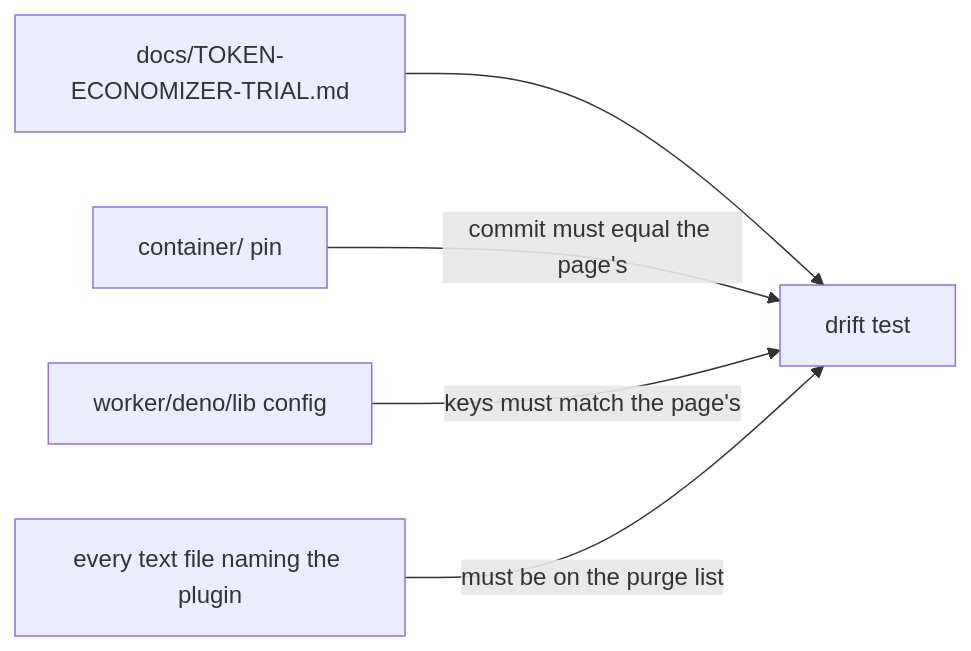
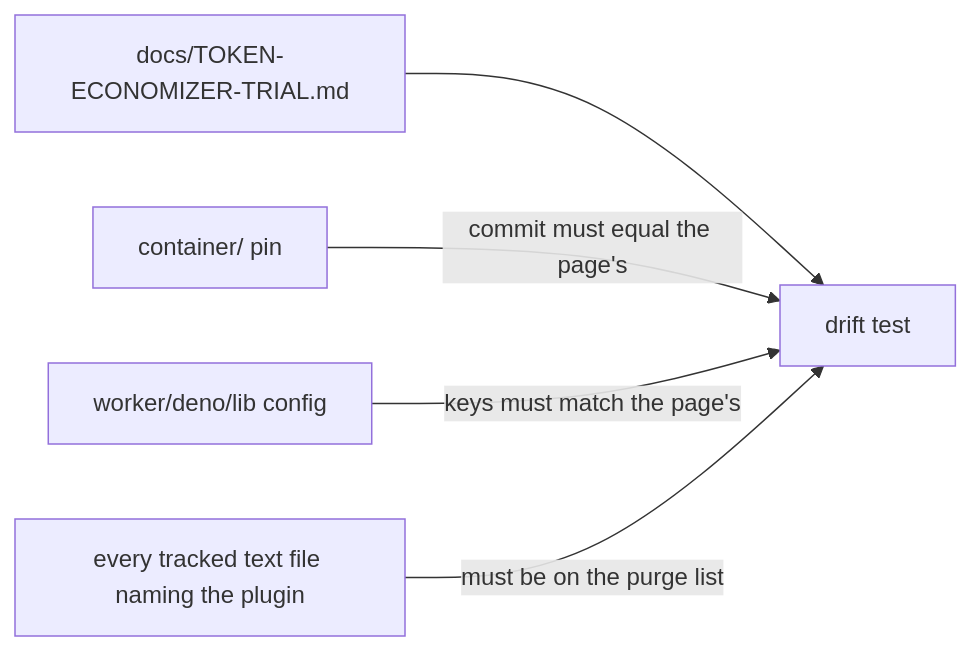
One commit to stSoftwareAU/VibeCoder changed the diagram in docs/archive/pr-summaries/pr-summary-4954.md. Above: the diagram before and after it, drawn with Mermaid. The commit also changed other lines of this file and 2 other files, not shown here.

First line of the commit message:
fix: read the trial drift corpus from tracked files only (PR #5032)

````diff
--- a/docs/archive/pr-summaries/pr-summary-4954.md
+++ b/docs/archive/pr-summaries/pr-summary-4954.md
@@ -60,7 +59,7 @@
 ```mermaid
 flowchart LR
     P["docs/TOKEN-ECONOMIZER-TRIAL.md"] --> T["drift test"]
     C["container/ pin"] -->|"commit must equal the page's"| T
     K["worker/deno/lib config"] -->|"keys must match the page's"| T
-    F["every text file naming the plugin"] -->|"must be on the purge list"| T
+    F["every tracked text file naming the plugin"] -->|"must be on the purge list"| T
 ```
````
